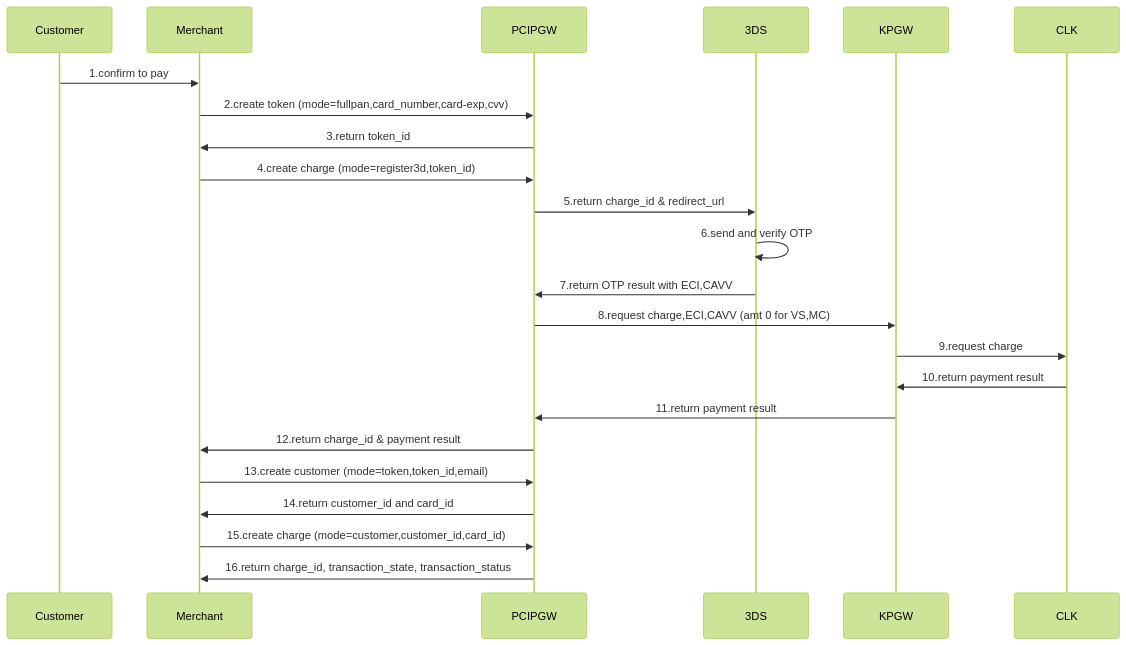
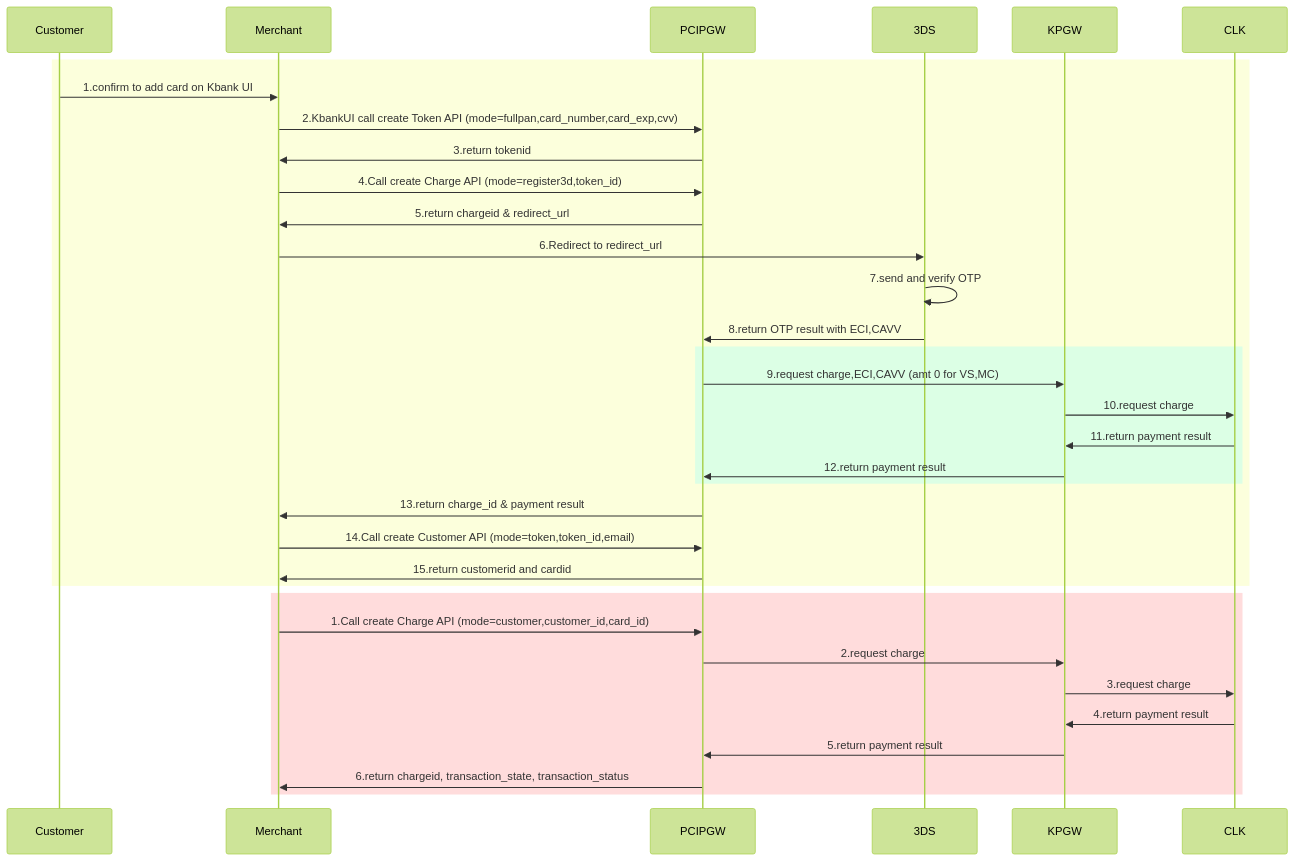
One commit to yuusuke25/MyNotes changed the third of 6 diagrams in Cybs-Ph2-Flow1.md. Above: the diagram before and after it, drawn with Mermaid (forest theme). The commit also changed other lines of this file, not shown here.

````diff
--- a/Cybs-Ph2-Flow1.md
+++ b/Cybs-Ph2-Flow1.md
@@ -67,21 +72,36 @@
 ```mermaid
     sequenceDiagram
-        Customer->>Merchant:1.confirm to pay
-        Merchant->>PCIPGW:2.create token (mode=fullpan,card_number,card-exp,cvv)
-        PCIPGW->>Merchant:3.return token_id
-        Merchant->>PCIPGW:4.create charge (mode=register3d,token_id)
-        PCIPGW->>3DS:5.return charge_id & redirect_url
-        3DS->>3DS:6.send and verify OTP
-        3DS->>PCIPGW:7.return OTP result with ECI,CAVV
-        PCIPGW->>KPGW:8.request charge,ECI,CAVV (amt 0 for VS,MC)
-        KPGW->>CLK:9.request charge
-        CLK->>KPGW:10.return payment result
-        KPGW->>PCIPGW:11.return payment result
-        PCIPGW->>Merchant:12.return charge_id & payment result
+        rect rgb(252, 255, 220)
+            Customer->>Merchant:1.confirm to add card on Kbank UI
+            Merchant->>PCIPGW:2.KbankUI call create Token API (mode=fullpan,card_number,card_exp,cvv)
+            PCIPGW->>Merchant:3.return tokenid
 
-        Merchant->>PCIPGW:13.create customer (mode=token,token_id,email)
-        PCIPGW->>Merchant:14.return customer_id and card_id
+            Merchant->>PCIPGW:4.Call create Charge API (mode=register3d,token_id)
+            PCIPGW->>Merchant:5.return chargeid & redirect_url
 
-        Merchant->>PCIPGW:15.create charge (mode=customer,customer_id,card_id)
-        PCIPGW->>Merchant:16.return charge_id, transaction_state, transaction_status
+            Merchant->>3DS:6.Redirect to redirect_url
+            3DS->>3DS:7.send and verify OTP
+            3DS->>PCIPGW:8.return OTP result with ECI,CAVV
+
+            rect rgb(220, 255, 229)
+                PCIPGW->>KPGW:9.request charge,ECI,CAVV (amt 0 for VS,MC)
+                KPGW->>CLK:10.request charge
+                CLK->>KPGW:11.return payment result
+                KPGW->>PCIPGW:12.return payment result
+            end
+
+            PCIPGW->>Merchant:13.return charge_id & payment result
+
+            Merchant->>PCIPGW:14.Call create Customer API (mode=token,token_id,email)
+            PCIPGW->>Merchant:15.return customerid and cardid
+        end
+        
+        rect rgb(255, 220, 220)
+            Merchant->>PCIPGW:1.Call create Charge API (mode=customer,customer_id,card_id)
+                PCIPGW->>KPGW:2.request charge
+                KPGW->>CLK:3.request charge
+                CLK->>KPGW:4.return payment result
+                KPGW->>PCIPGW:5.return payment result
+            PCIPGW->>Merchant:6.return chargeid, transaction_state, transaction_status
+        end
 ```
````
